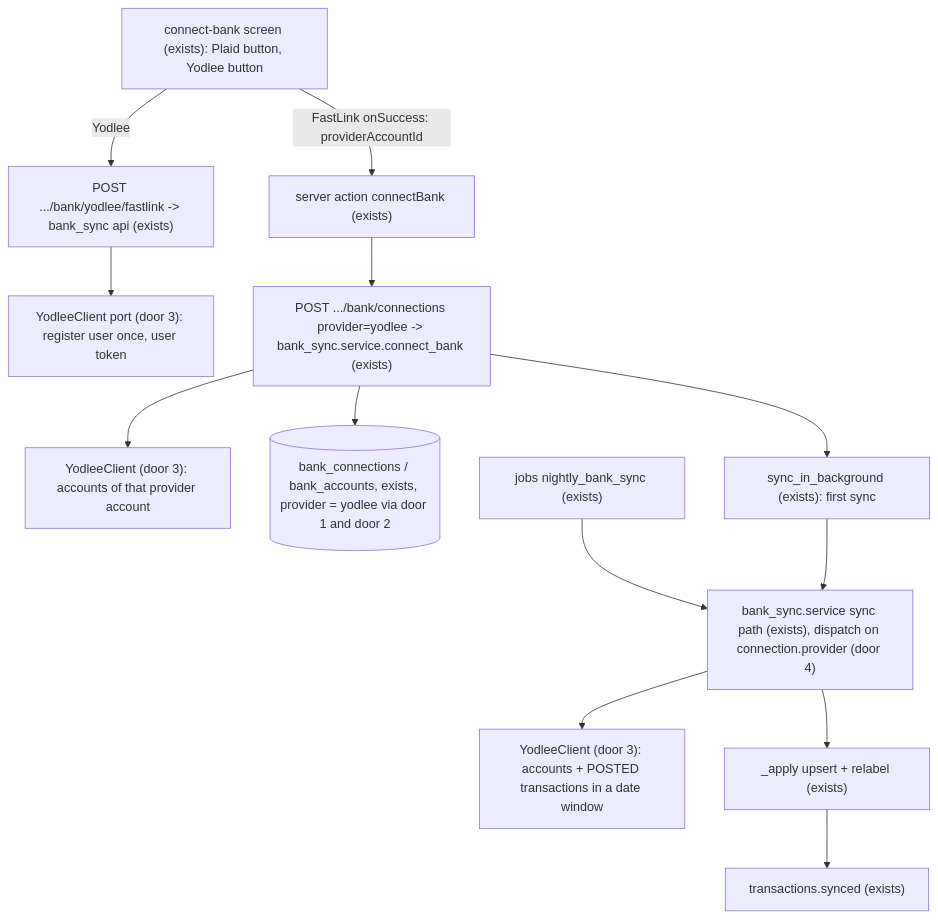
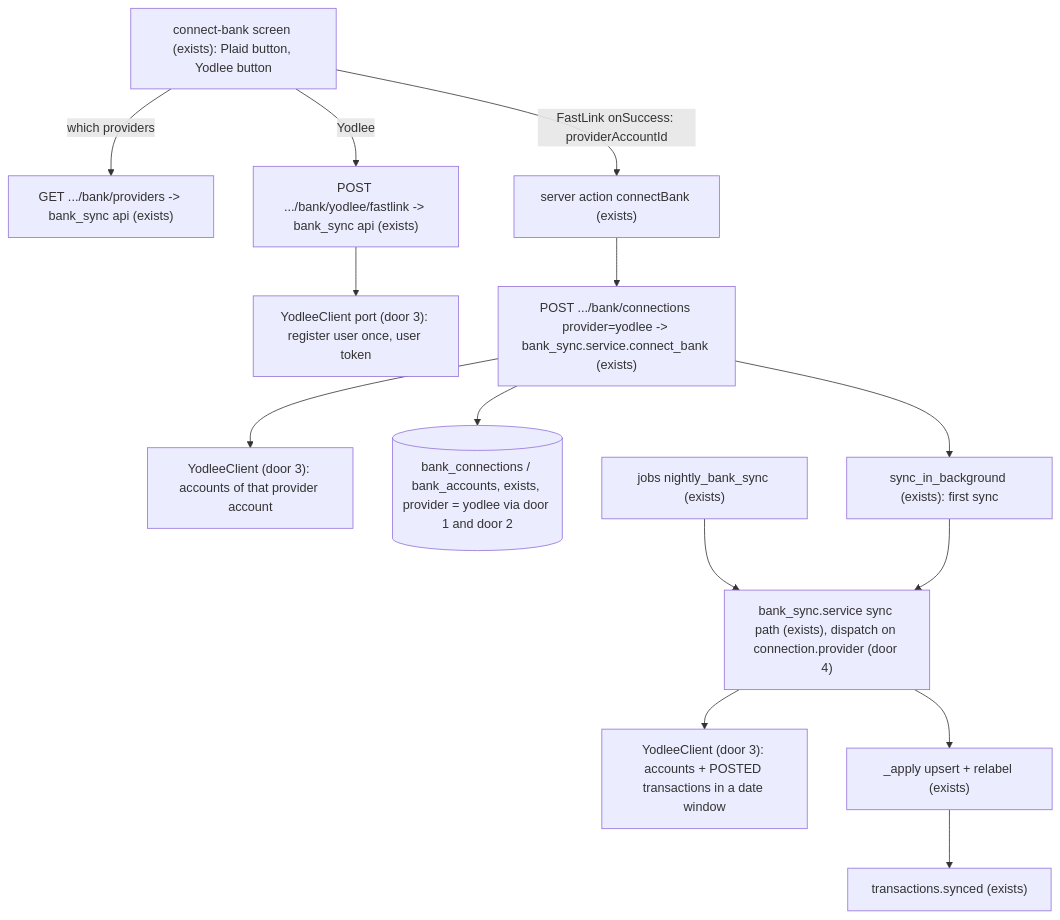
The first of 2 diagrams in .specs/features/17b-bank-yodlee-provider/plan.md (Felipeact/Headroom), drawn with Mermaid before and after one commit. The commit also changed 3 other files, not shown here.

First line of the commit message:
docs(bank_sync): record the spec 17b build and decisions (spec 17b)

````diff
--- a/.specs/features/17b-bank-yodlee-provider/plan.md
+++ b/.specs/features/17b-bank-yodlee-provider/plan.md
@@ -13,14 +13,15 @@
 ```mermaid
 flowchart TD
-    UI["connect-bank screen (exists): Plaid button, Yodlee button"] -->|Yodlee| FL["POST .../bank/yodlee/fastlink -> bank_sync api (exists)"]
+    UI["connect-bank screen (exists): Plaid button, Yodlee button"] -->|which providers| PR["GET .../bank/providers -> bank_sync api (exists)"]
+    UI -->|Yodlee| FL["POST .../bank/yodlee/fastlink -> bank_sync api (exists)"]
     FL --> YC["YodleeClient port (door 3): register user once, user token"]
     UI -->|FastLink onSuccess: providerAccountId| ACT["server action connectBank (exists)"]
     ACT --> CON["POST .../bank/connections provider=yodlee -> bank_sync.service.connect_bank (exists)"]
     CON --> YC2["YodleeClient (door 3): accounts of that provider account"]
     CON --> DB[("bank_connections / bank_accounts, exists, provider = yodlee via door 1 and door 2")]
     CON --> BG["sync_in_background (exists): first sync"]
     NIGHT["jobs nightly_bank_sync (exists)"] --> SYNC["bank_sync.service sync path (exists), dispatch on connection.provider (door 4)"]
     BG --> SYNC
     SYNC --> YC3["YodleeClient (door 3): accounts + POSTED transactions in a date window"]
     SYNC --> APPLY["_apply upsert + relabel (exists)"] --> EV["transactions.synced (exists)"]
 ```
````
